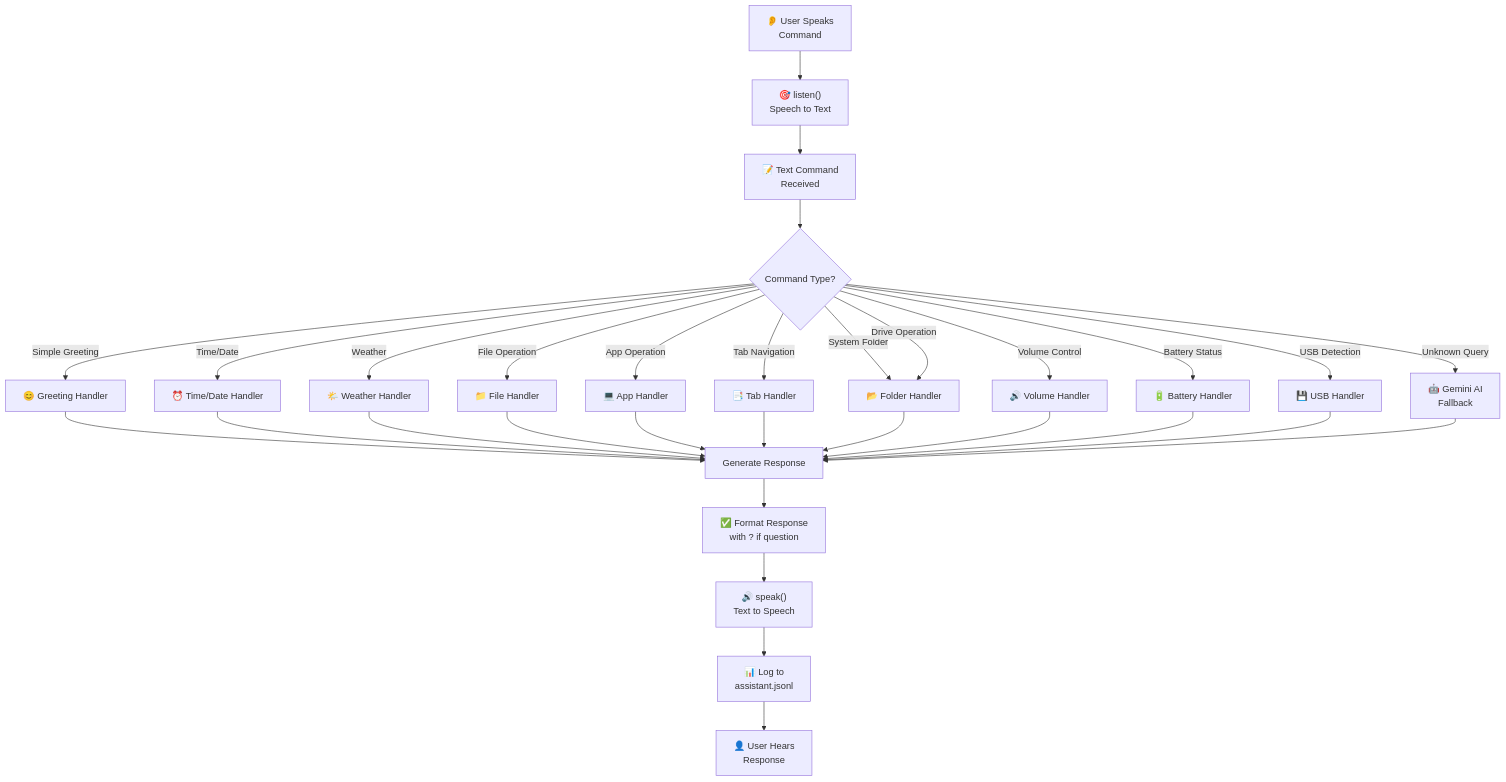
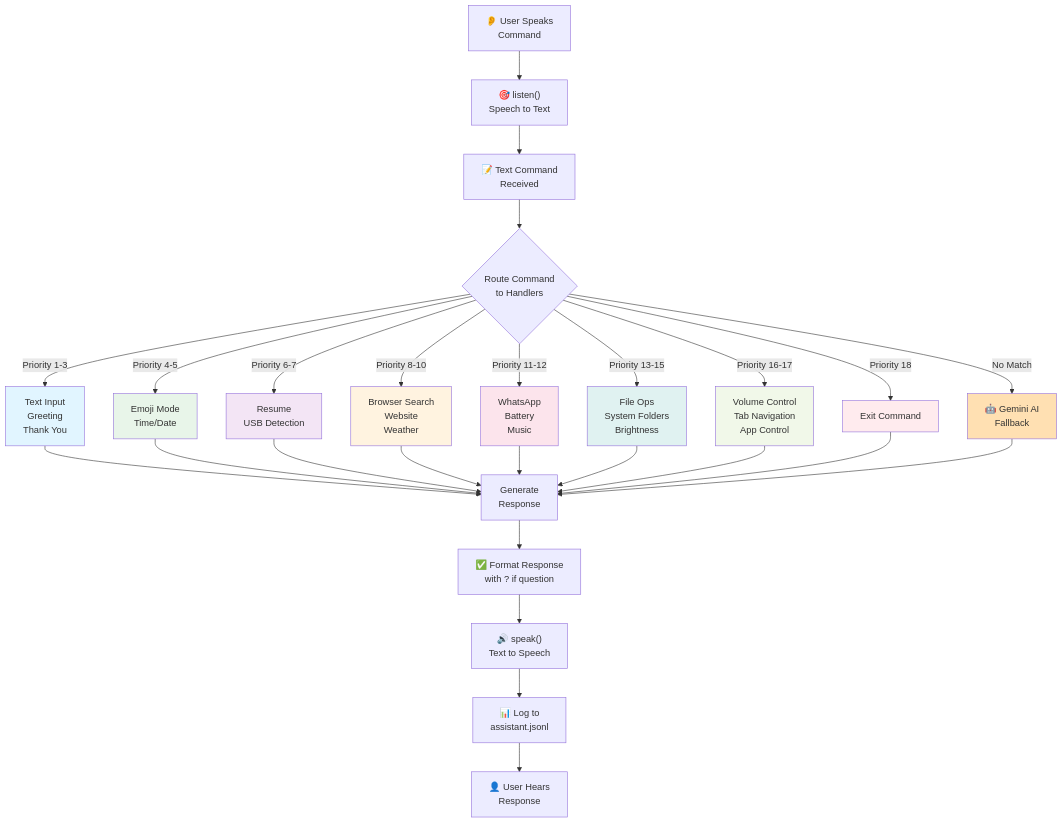
One commit to KGFCH2/OIBSIP changed the second of 4 diagrams in Voice Assistant/EchoMind AI/README.md. Above: the diagram before and after it, drawn with Mermaid. The commit also changed other lines of this file and 7 other files, not shown here.

````diff
--- a/Voice Assistant/EchoMind AI/README.md
+++ b/Voice Assistant/EchoMind AI/README.md
@@ -204,36 +213,41 @@
 ```mermaid
 flowchart TD
     A["👂 User Speaks<br/>Command"] --> B["🎯 listen()<br/>Speech to Text"]
     B --> C["📝 Text Command<br/>Received"]
-    C --> D{"Command Type?"}
+    C --> D{"Route Command<br/>to Handlers"}
     
-    D -->|Simple Greeting| E["😊 Greeting Handler"]
-    D -->|Time/Date| F["⏰ Time/Date Handler"]
-    D -->|Weather| G["🌤️ Weather Handler"]
-    D -->|File Operation| H["📁 File Handler"]
-    D -->|App Operation| I["💻 App Handler"]
-    D -->|Tab Navigation| J["📑 Tab Handler"]
-    D -->|System Folder| K["📂 Folder Handler"]
-    D -->|Drive Operation| K
-    D -->|Volume Control| L["🔊 Volume Handler"]
-    D -->|Battery Status| M["🔋 Battery Handler"]
-    D -->|USB Detection| N["💾 USB Handler"]
-    D -->|Unknown Query| O["🤖 Gemini AI<br/>Fallback"]
+    D -->|Priority 1-3| E["Text Input<br/>Greeting<br/>Thank You"]
+    D -->|Priority 4-5| F["Emoji Mode<br/>Time/Date"]
+    D -->|Priority 6-7| G["Resume<br/>USB Detection"]
+    D -->|Priority 8-10| H["Browser Search<br/>Website<br/>Weather"]
+    D -->|Priority 11-12| I["WhatsApp<br/>Battery<br/>Music"]
+    D -->|Priority 13-15| J["File Ops<br/>System Folders<br/>Brightness"]
+    D -->|Priority 16-17| K["Volume Control<br/>Tab Navigation<br/>App Control"]
+    D -->|Priority 18| L["Exit Command"]
+    D -->|No Match| M["🤖 Gemini AI<br/>Fallback"]
     
-    E --> P["Generate Response"]
-    F --> P
-    G --> P
-    H --> P
-    I --> P
-    J --> P
-    K --> P
-    L --> P
-    M --> P
-    N --> P
-    O --> P
+    E --> N["Generate<br/>Response"]
+    F --> N
+    G --> N
+    H --> N
+    I --> N
+    J --> N
+    K --> N
+    L --> N
+    M --> N
     
-    P --> Q["✅ Format Response<br/>with ? if question"]
-    Q --> R["🔊 speak()<br/>Text to Speech"]
-    R --> S["📊 Log to<br/>assistant.jsonl"]
-    S --> T["👤 User Hears<br/>Response"]
+    N --> O["✅ Format Response<br/>with ? if question"]
+    O --> P["🔊 speak()<br/>Text to Speech"]
+    P --> Q["📊 Log to<br/>assistant.jsonl"]
+    Q --> R["👤 User Hears<br/>Response"]
+    
+    style E fill:#e1f5ff
+    style F fill:#e8f5e9
+    style G fill:#f3e5f5
+    style H fill:#fff3e0
+    style I fill:#fce4ec
+    style J fill:#e0f2f1
+    style K fill:#f1f8e9
+    style L fill:#ffebee
+    style M fill:#ffe0b2
 ```
````
